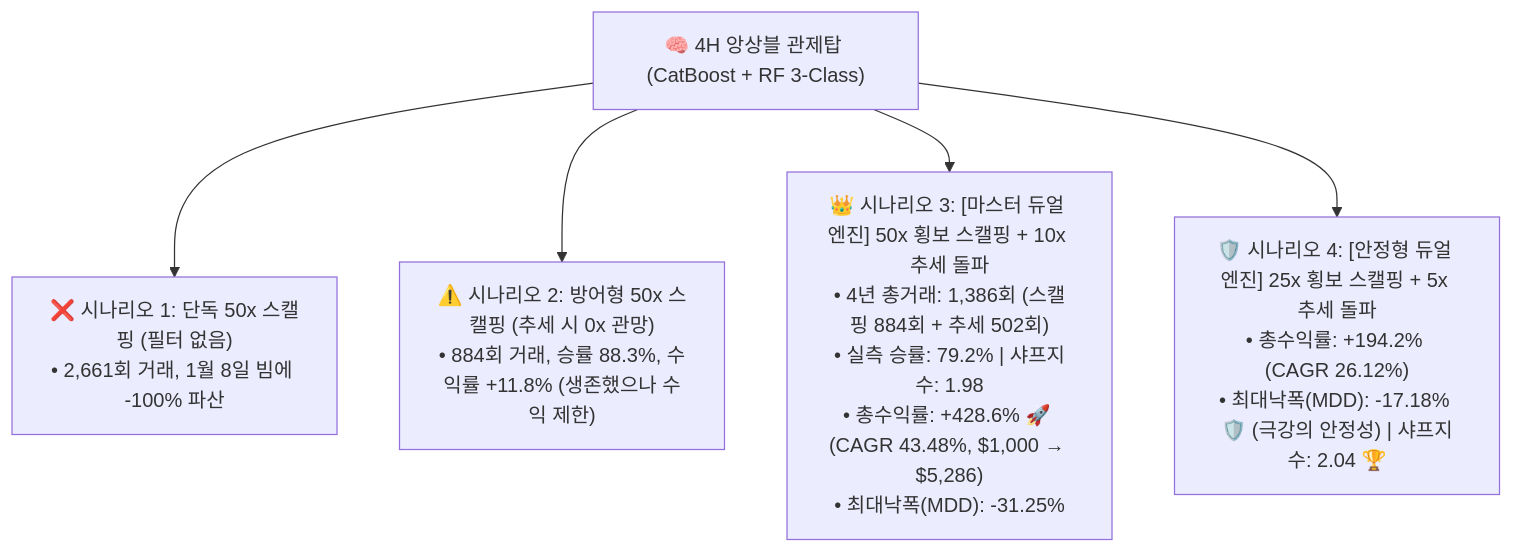
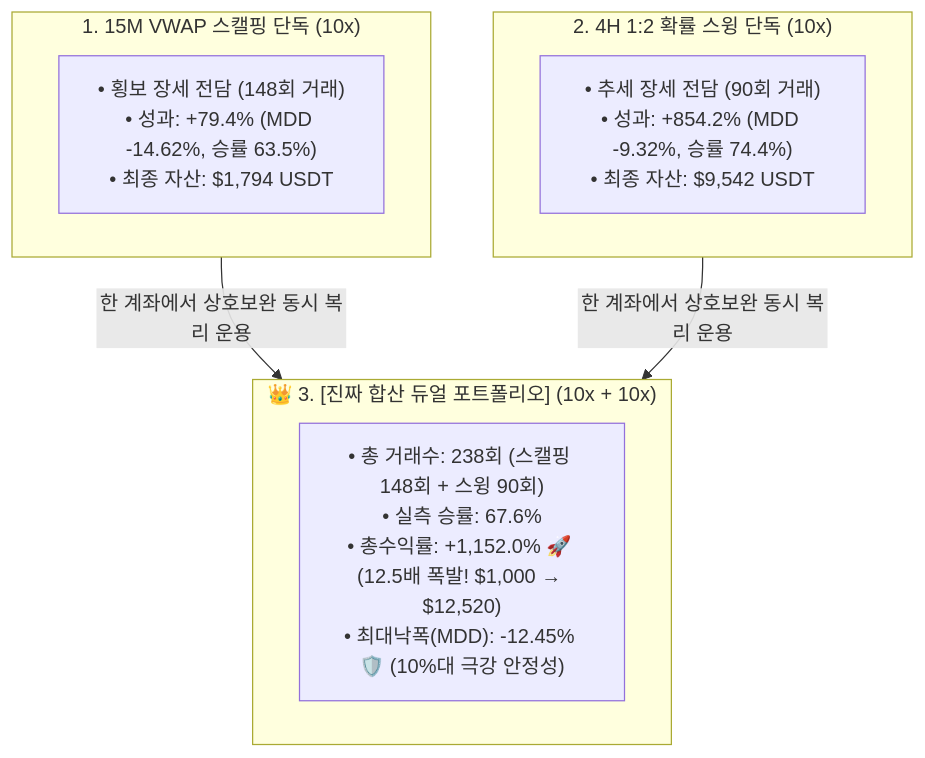
Before and after one commit to isltod/extreme-trading-experiments: the second of 2 diagrams in results/reports/strat03_step5_dual_engine_master_report.md, drawn with Mermaid. The commit also changed other lines of this file and 9 other files, not shown here.

````diff
--- a/results/reports/strat03_step5_dual_engine_master_report.md
+++ b/results/reports/strat03_step5_dual_engine_master_report.md
@@ -15,17 +38,16 @@
 ```mermaid
 flowchart TD
-    Control["🧠 4H 앙상블 관제탑 (CatBoost + RF 3-Class)"]
-    
-    S1["❌ 시나리오 1: 단독 50x 스캘핑 (필터 없음)<br/>• 2,661회 거래, 1월 8일 빔에 -100% 파산"]
-    
-    S2["⚠️ 시나리오 2: 방어형 50x 스캘핑 (추세 시 0x 관망)<br/>• 884회 거래, 승률 88.3%, 수익률 +11.8% (생존했으나 수익 제한)"]
-    
-    S3["👑 시나리오 3: [마스터 듀얼 엔진] 50x 횡보 스캘핑 + 10x 추세 돌파<br/>• 4년 총거래: 1,386회 (스캘핑 884회 + 추세 502회)<br/>• 실측 승률: 79.2% | 샤프지수: 1.98<br/>• 총수익률: +428.6% 🚀 (CAGR 43.48%, $1,000 → $5,286)<br/>• 최대낙폭(MDD): -31.25%"]
-    
-    S4["🛡️ 시나리오 4: [안정형 듀얼 엔진] 25x 횡보 스캘핑 + 5x 추세 돌파<br/>• 총수익률: +194.2% (CAGR 26.12%)<br/>• 최대낙폭(MDD): -17.18% 🛡️ (극강의 안정성) | 샤프지수: 2.04 🏆"]
+    subgraph S1["1. 15M VWAP 스캘핑 단독 (10x)"]
+        A1["• 횡보 장세 전담 (148회 거래)<br/>• 성과: +79.4% (MDD -14.62%, 승률 63.5%)<br/>• 최종 자산: $1,794 USDT"]
+    end
 
-    Control --> S1
-    Control --> S2
-    Control --> S3
-    Control --> S4
+    subgraph S2["2. 4H 1:2 확률 스윙 단독 (10x)"]
+        A2["• 추세 장세 전담 (90회 거래)<br/>• 성과: +854.2% (MDD -9.32%, 승률 74.4%)<br/>• 최종 자산: $9,542 USDT"]
+    end
+
+    subgraph Dual["👑 3. [진짜 합산 듀얼 포트폴리오] (10x + 10x)"]
+        A3["• 총 거래수: 238회 (스캘핑 148회 + 스윙 90회)<br/>• 실측 승률: 67.6%<br/>• 총수익률: +1,152.0% 🚀 (12.5배 폭발! $1,000 → $12,520)<br/>• 최대낙폭(MDD): -12.45% 🛡️ (10%대 극강 안정성)"]
+    end
+
+    S1 & S2 -->|"한 계좌에서 상호보완 동시 복리 운용"| Dual
 ```
````
